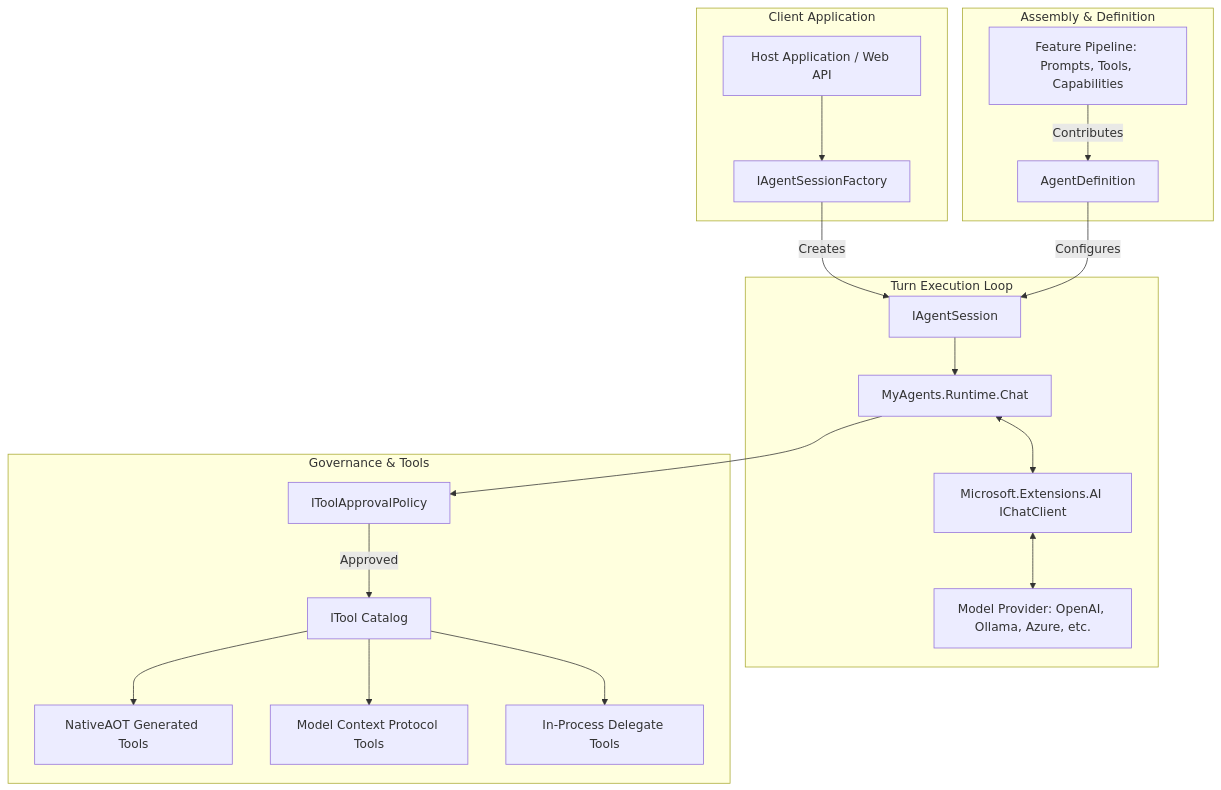
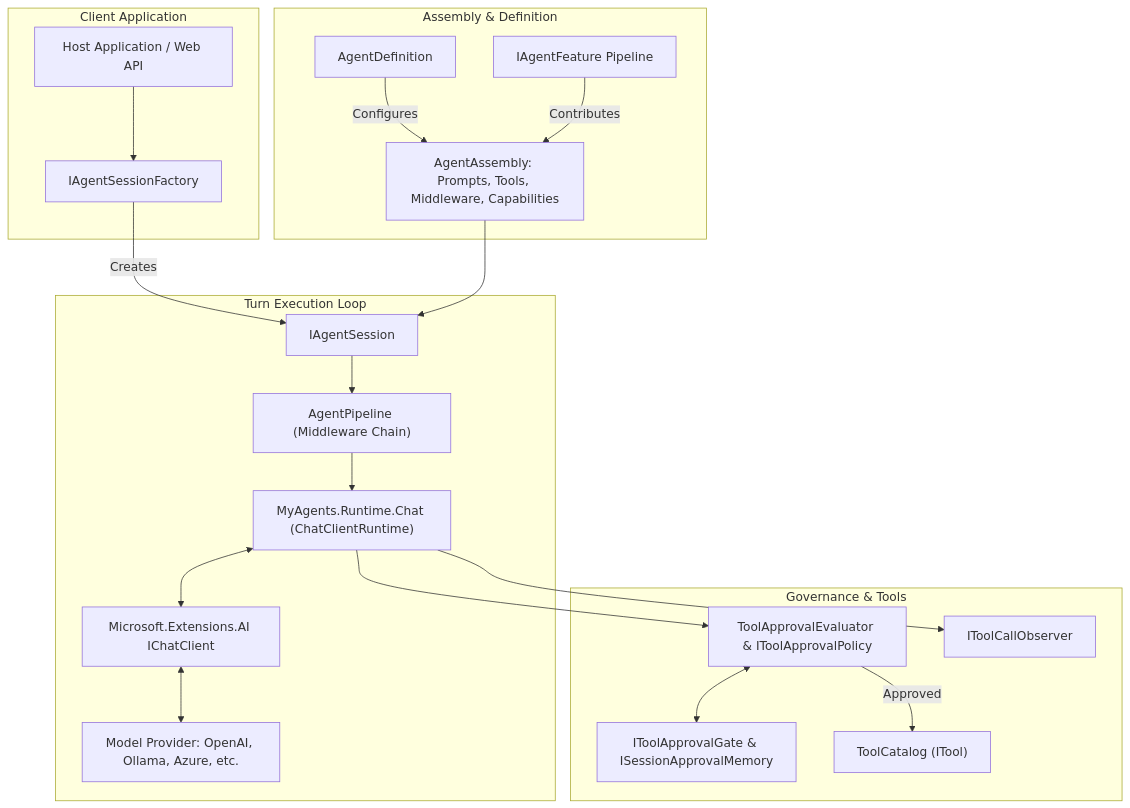
Before and after one commit to OmniTechSolutionsCA/MyAgents-Community: the first of 2 diagrams in docs-src/docs/core/architecture.md, drawn with Mermaid. The commit also changed other lines of this file and 470 other files, not shown here.

````diff
--- a/docs-src/docs/core/architecture.md
+++ b/docs-src/docs/core/architecture.md
@@ -7,40 +7,42 @@
 ```mermaid
 flowchart TD
     subgraph Client Application
-        App[Host Application / Web API]
-        Factory[IAgentSessionFactory]
+        App["Host Application / Web API"]
+        Factory["IAgentSessionFactory"]
     end
 
     subgraph Assembly & Definition
-        Definition[AgentDefinition]
-        Features[Feature Pipeline: Prompts, Tools, Capabilities]
+        Definition["AgentDefinition"]
+        Features["IAgentFeature Pipeline"]
+        Assembly["AgentAssembly: Prompts, Tools, Middleware, Capabilities"]
     end
 
     subgraph Turn Execution Loop
-        Session[IAgentSession]
-        Runtime[MyAgents.Runtime.Chat]
-        ChatClient[Microsoft.Extensions.AI IChatClient]
-        LLM[Model Provider: OpenAI, Ollama, Azure, etc.]
+        Session["IAgentSession"]
+        Middleware["AgentPipeline (Middleware Chain)"]
+        Runtime["MyAgents.Runtime.Chat (ChatClientRuntime)"]
+        ChatClient["Microsoft.Extensions.AI IChatClient"]
+        LLM["Model Provider: OpenAI, Ollama, Azure, etc."]
     end
 
     subgraph Governance & Tools
-        Approval[IToolApprovalPolicy]
-        ToolRegistry[ITool Catalog]
-        NativeTools[NativeAOT Generated Tools]
-        McpTools[Model Context Protocol Tools]
-        DelegateTools[In-Process Delegate Tools]
+        Approval["ToolApprovalEvaluator & IToolApprovalPolicy"]
+        Gate["IToolApprovalGate & ISessionApprovalMemory"]
+        ToolRegistry["ToolCatalog (ITool)"]
+        Observers["IToolCallObserver"]
     end
 
     App --> Factory
     Factory -->|Creates| Session
-    Definition -->|Configures| Session
-    Features -->|Contributes| Definition
-    Session --> Runtime
+    Definition -->|Configures| Assembly
+    Features -->|Contributes| Assembly
+    Assembly --> Session
+    Session --> Middleware
+    Middleware --> Runtime
     Runtime <--> ChatClient
     ChatClient <--> LLM
     Runtime --> Approval
+    Approval <--> Gate
     Approval -->|Approved| ToolRegistry
-    ToolRegistry --> NativeTools
-    ToolRegistry --> McpTools
-    ToolRegistry --> DelegateTools
+    Runtime --> Observers
 ```
````
